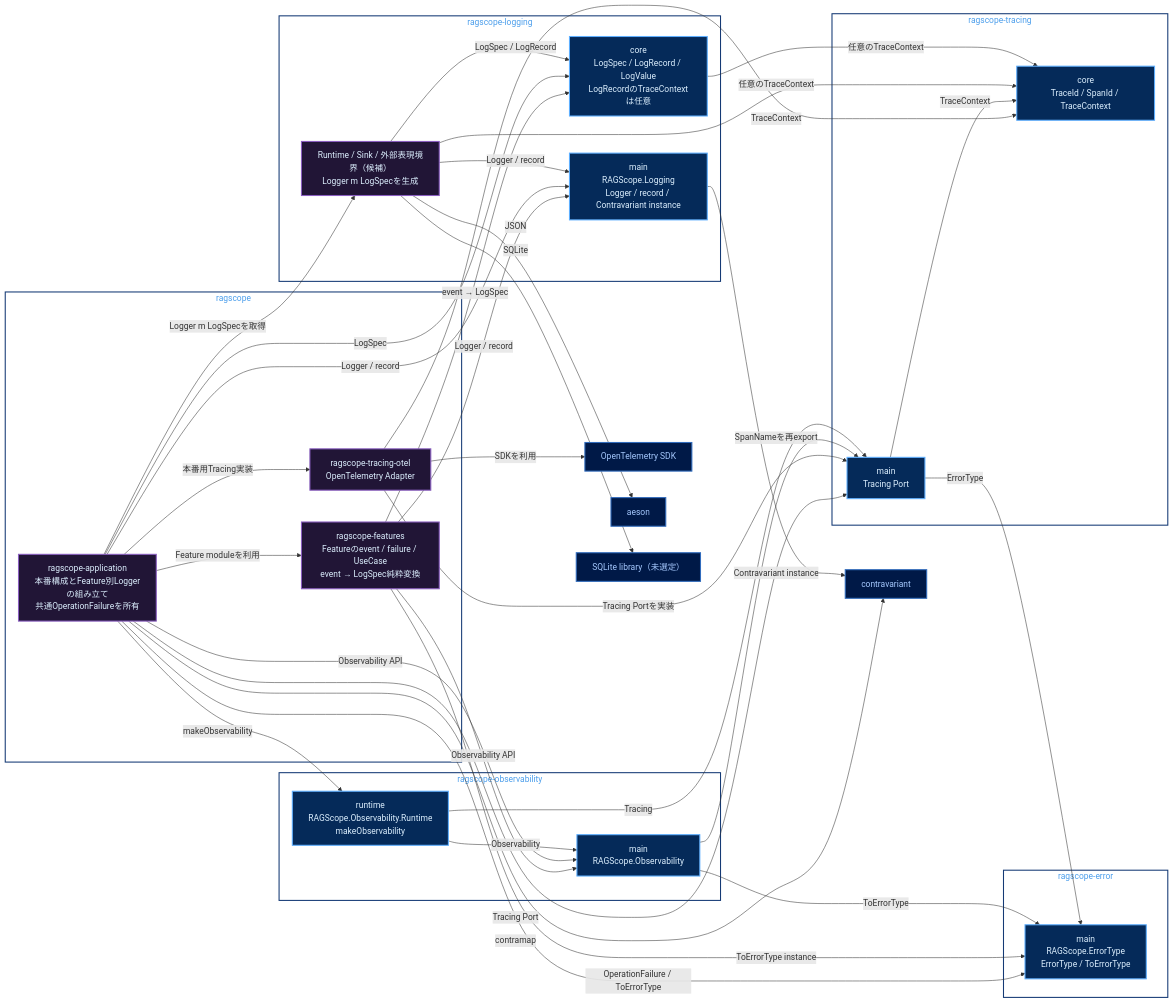
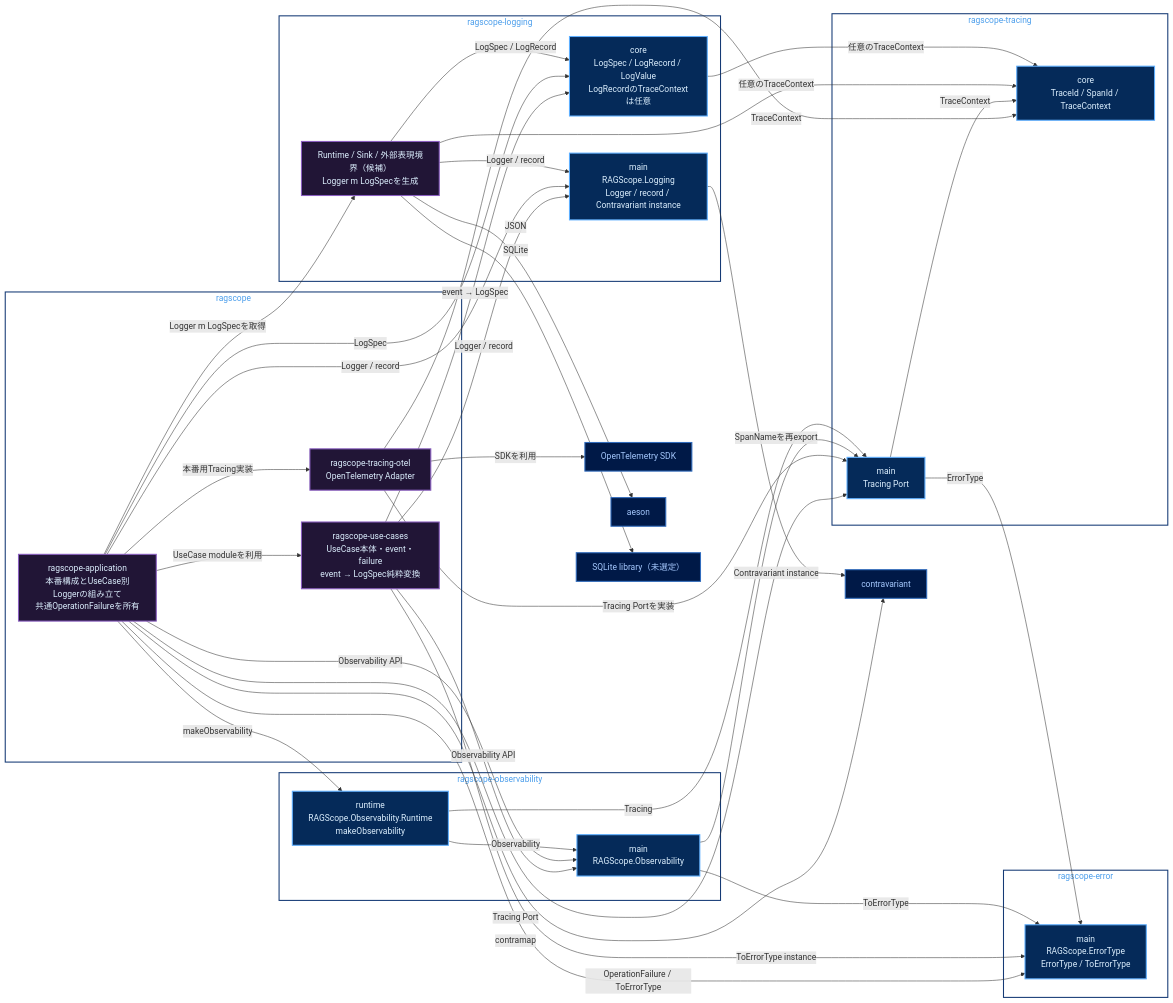
One commit to takashit16833/Workbench changed the diagram in Notes/RAGScope/RAGScopeアプリケーション/実行追跡・構造化ログ静的依存図.md. Above: the diagram before and after it, drawn with Mermaid. The commit also changed other lines of this file and 10 other files, not shown here.

````diff
--- a/Notes/RAGScope/RAGScopeアプリケーション/実行追跡・構造化ログ静的依存図.md
+++ b/Notes/RAGScope/RAGScopeアプリケーション/実行追跡・構造化ログ静的依存図.md
@@ -25,71 +25,71 @@
 ```mermaid
 flowchart LR
     subgraph pkg_ragscope["ragscope"]
-        features["ragscope-features<br/>Featureのevent / failure / UseCase<br/>event → LogSpec純粋変換"]
-        application["ragscope-application<br/>本番構成とFeature別Loggerの組み立て<br/>共通OperationFailureを所有"]
+        usecases["ragscope-use-cases<br/>UseCase本体・event・failure<br/>event → LogSpec純粋変換"]
+        application["ragscope-application<br/>本番構成とUseCase別Loggerの組み立て<br/>共通OperationFailureを所有"]
         tracing_otel["ragscope-tracing-otel<br/>OpenTelemetry Adapter"]
     end
     subgraph pkg_error["ragscope-error"]
         error_main["main<br/>RAGScope.ErrorType<br/>ErrorType / ToErrorType"]
     end
     subgraph pkg_obs["ragscope-observability"]
         obs_main["main<br/>RAGScope.Observability"]
         obs_runtime["runtime<br/>RAGScope.Observability.Runtime<br/>makeObservability"]
     end
     subgraph pkg_tracing["ragscope-tracing"]
         trace_main["main<br/>Tracing Port"]
         trace_core["core<br/>TraceId / SpanId / TraceContext"]
     end
     subgraph pkg_logging["ragscope-logging"]
         log_core["core<br/>LogSpec / LogRecord / LogValue<br/>LogRecordのTraceContextは任意"]
         log_main["main<br/>RAGScope.Logging<br/>Logger / record / Contravariant instance"]
         log_internal["Runtime / Sink / 外部表現境界（候補）<br/>Logger m LogSpecを生成"]
     end
     contravariant["contravariant"]
     otel_sdk["OpenTelemetry SDK"]
     aeson["aeson"]
     sqlite_lib["SQLite library（未選定）"]
 
-    application -->|Feature moduleを利用| features
+    application -->|UseCase moduleを利用| usecases
     application -->|OperationFailure / ToErrorType| error_main
-    features -->|Observability API| obs_main
-    features -->|ToErrorType instance| error_main
-    features -->|Logger / record| log_main
-    features -->|event → LogSpec| log_core
+    usecases -->|Observability API| obs_main
+    usecases -->|ToErrorType instance| error_main
+    usecases -->|Logger / record| log_main
+    usecases -->|event → LogSpec| log_core
     application -->|Observability API| obs_main
     application -->|makeObservability| obs_runtime
     application -->|Logger / record| log_main
     application -->|LogSpec| log_core
     application -->|Logger m LogSpecを取得| log_internal
     application -->|contramap| contravariant
     application -->|Tracing Port| trace_main
     application -->|本番用Tracing実装| tracing_otel
     tracing_otel -->|Tracing Portを実装| trace_main
     tracing_otel -->|TraceContext| trace_core
     tracing_otel -->|SDKを利用| otel_sdk
     obs_main -->|ToErrorType| error_main
     obs_main -->|SpanNameを再export| trace_main
     obs_runtime -->|Observability| obs_main
     obs_runtime -->|Tracing| trace_main
     trace_main -->|TraceContext| trace_core
     trace_main -->|ErrorType| error_main
     log_main -->|Contravariant instance| contravariant
     log_internal -->|Logger / record| log_main
     log_internal -->|LogSpec / LogRecord| log_core
     log_internal -->|任意のTraceContext| trace_core
     log_internal -->|JSON| aeson
     log_internal -->|SQLite| sqlite_lib
     log_core -->|任意のTraceContext| trace_core
 
     classDef public fill:#052A59,stroke:#5EAFFF,color:#DDF0FF,stroke-width:2px
     classDef private fill:#211536,stroke:#8A5EC0,color:#DDF0FF,stroke-width:2px
     classDef external fill:#001947,stroke:#316CBD,color:#A6CAFF,stroke-width:2px
     class error_main,obs_main,obs_runtime,trace_main,trace_core,log_core,log_main public
-    class features,application,tracing_otel,log_internal private
+    class usecases,application,tracing_otel,log_internal private
     class contravariant,otel_sdk,aeson,sqlite_lib external
     style pkg_ragscope fill:transparent,stroke:#153A75,color:#4C9EEB,stroke-width:2px
     style pkg_error fill:transparent,stroke:#153A75,color:#4C9EEB,stroke-width:2px
     style pkg_obs fill:transparent,stroke:#153A75,color:#4C9EEB,stroke-width:2px
     style pkg_tracing fill:transparent,stroke:#153A75,color:#4C9EEB,stroke-width:2px
     style pkg_logging fill:transparent,stroke:#153A75,color:#4C9EEB,stroke-width:2px
 ```
````
